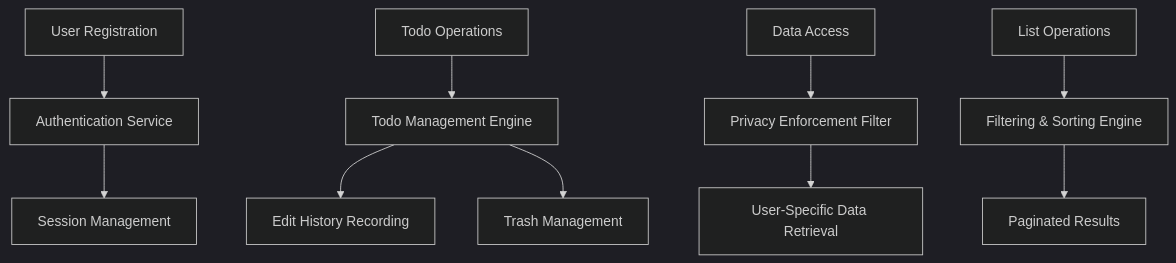
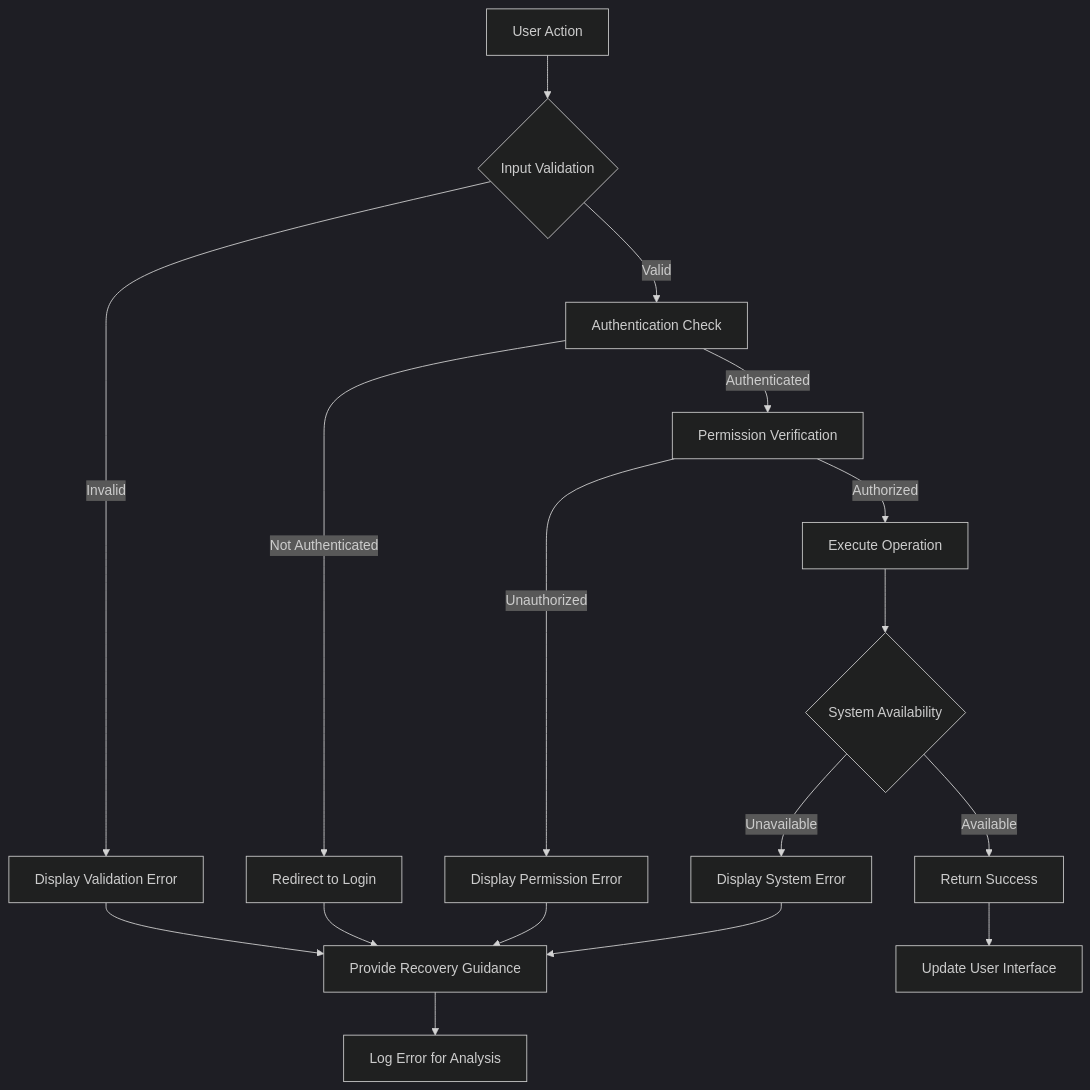
One commit to wrtnlabs/autobe-examples changed the diagram in deepseek/deepseek-v3.1-terminus-exacto/todo/docs/analysis/08-error-handling-scenarios.md. Above: the diagram before and after it, drawn with Mermaid (dark theme). The commit also changed other lines of this file and 11104 other files, not shown here.

````diff
--- a/deepseek/deepseek-v3.1-terminus-exacto/todo/docs/analysis/08-error-handling-scenarios.md
+++ b/deepseek/deepseek-v3.1-terminus-exacto/todo/docs/analysis/08-error-handling-scenarios.md
@@ -31,12 +159,19 @@
 ```mermaid
-graph TB
-    A["User Registration"] --> B["Authentication Service"]
-    B --> C["Session Management"]
-    D["Todo Operations"] --> E["Todo Management Engine"]
-    E --> F["Edit History Recording"]
-    E --> G["Trash Management"]
-    H["Data Access"] --> I["Privacy Enforcement Filter"]
-    I --> J["User-Specific Data Retrieval"]
-    K["List Operations"] --> L["Filtering & Sorting Engine"]
-    L --> M["Paginated Results"]
+graph TD
+    A["User Action"] --> B{"Input Validation"}
+    B -->|"Valid"| C["Authentication Check"]
+    B -->|"Invalid"| D["Display Validation Error"]
+    C -->|"Authenticated"| E["Permission Verification"]
+    C -->|"Not Authenticated"| F["Redirect to Login"]
+    E -->|"Authorized"| G["Execute Operation"]
+    E -->|"Unauthorized"| H["Display Permission Error"]
+    G --> I{"System Availability"}
+    I -->|"Available"| J["Return Success"]
+    I -->|"Unavailable"| K["Display System Error"]
+    D --> L["Provide Recovery Guidance"]
+    F --> L
+    H --> L
+    K --> L
+    J --> M["Update User Interface"]
+    L --> N["Log Error for Analysis"]
 ```
````
